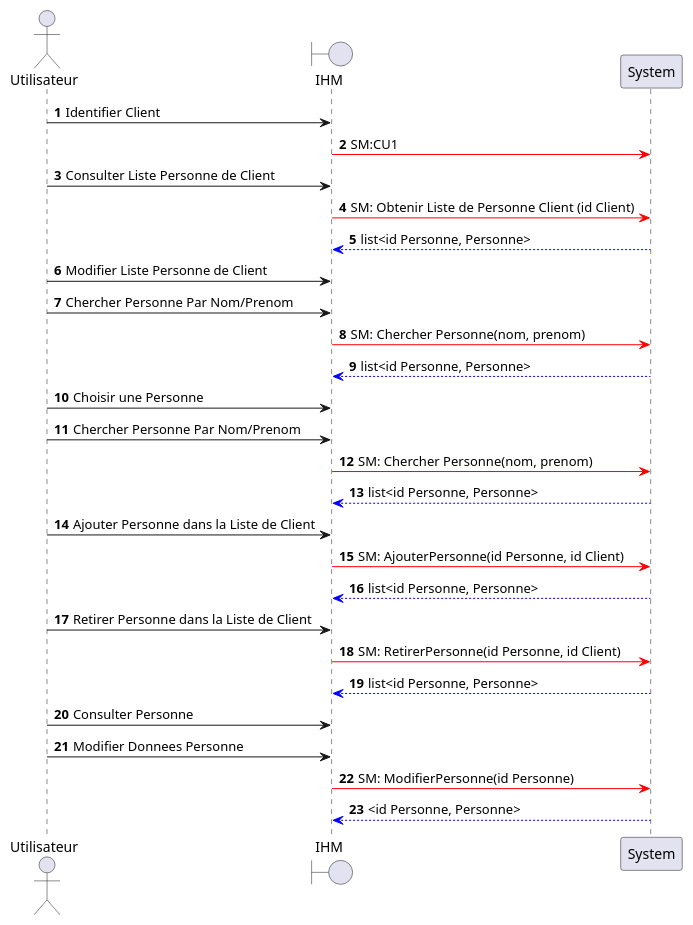
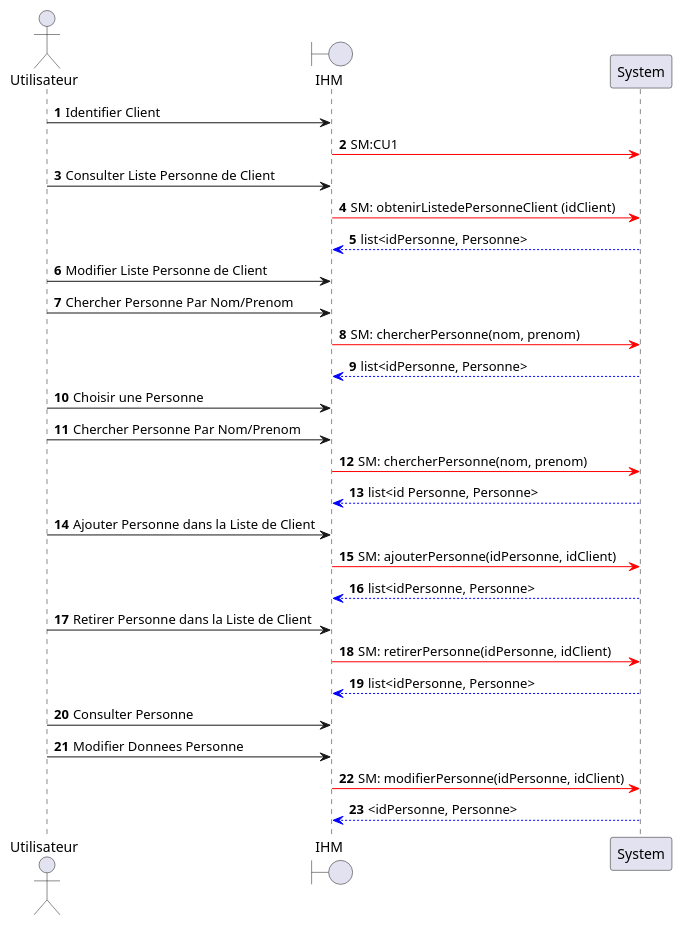
Before and after one commit to HZjiadong/PLD-MARS: the diagram in src/documentation/CU2-DSS.puml, drawn with PlantUML. The commit also changed 2 other files, not shown here.

```diff
--- a/src/documentation/CU2-DSS.puml
+++ b/src/documentation/CU2-DSS.puml
@@ -1,47 +1,47 @@
 @startuml
 
 actor Utilisateur as U
 boundary IHM as I
 participant System as S
 
 autonumber
 U->I: Identifier Client
     I-[#red]>S: SM:CU1
 
 U->I: Consulter Liste Personne de Client
-    I-[#red]>S: SM: Obtenir Liste de Personne Client (id Client)
-    S-[#0000FF]->I: list<id Personne, Personne>
+    I-[#red]>S: SM: obtenirListedePersonneClient (idClient)
+    S-[#0000FF]->I: list<idPersonne, Personne>
 
 U->I: Modifier Liste Personne de Client
 
 U->I: Chercher Personne Par Nom/Prenom
-    I-[#red]>S: SM: Chercher Personne(nom, prenom)
-    S-[#0000FF]->I: list<id Personne, Personne>
+    I-[#red]>S: SM: chercherPersonne(nom, prenom)
+    S-[#0000FF]->I: list<idPersonne, Personne>
 
 U->I: Choisir une Personne
 
 U->I: Chercher Personne Par Nom/Prenom
-    I-[#red]>S: SM: Chercher Personne(nom, prenom)
+    I-[#red]>S: SM: chercherPersonne(nom, prenom)
     S-[#0000FF]->I: list<id Personne, Personne>
 
 U->I: Ajouter Personne dans la Liste de Client
-    I-[#red]>S: SM: AjouterPersonne(id Personne, id Client)
-    S-[#0000FF]->I: list<id Personne, Personne>
+    I-[#red]>S: SM: ajouterPersonne(idPersonne, idClient)
+    S-[#0000FF]->I: list<idPersonne, Personne>
 
 U->I: Retirer Personne dans la Liste de Client
-    I-[#red]>S: SM: RetirerPersonne(id Personne, id Client)
-    S-[#0000FF]->I: list<id Personne, Personne>
+    I-[#red]>S: SM: retirerPersonne(idPersonne, idClient)
+    S-[#0000FF]->I: list<idPersonne, Personne>
 
 U->I: Consulter Personne
 
 U->I: Modifier Donnees Personne
-    I-[#red]>S: SM: ModifierPersonne(id Personne)
-    S-[#0000FF]->I: <id Personne, Personne>
+    I-[#red]>S: SM: modifierPersonne(idPersonne, idClient)
+    S-[#0000FF]->I: <idPersonne, Personne>
 
 
 
 
 
 
 
 @enduml
```
